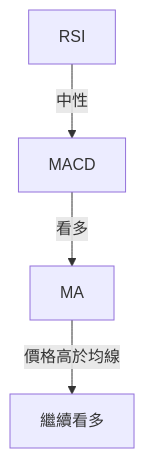
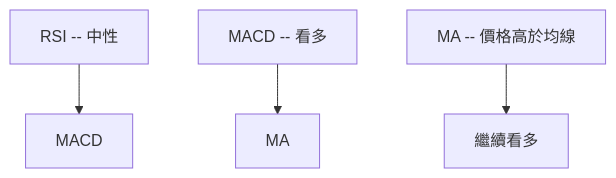
Before and after one commit to yennanliu/finance_data: the fifth of 9 diagrams in ai_gen_report/stock/onds/technical_analysis_2026-04-16_openai.md, drawn with Mermaid. The commit also changed other lines of this file and 2258 other files, not shown here.

First line of the commit message:
chore: backfill Mermaid syntax repair across existing reports

````diff
--- a/ai_gen_report/stock/onds/technical_analysis_2026-04-16_openai.md
+++ b/ai_gen_report/stock/onds/technical_analysis_2026-04-16_openai.md
@@ -226,6 +226,6 @@
 ```mermaid
 graph TD
-    RSI -- 中性 --> MACD
-    MACD -- 看多 --> MA
-    MA -- 價格高於均線 --> 繼續看多
+    nb1["RSI -- 中性"] --> MACD
+    nb2["MACD -- 看多"] --> MA
+    nb3["MA -- 價格高於均線"] --> 繼續看多
 ```
````
